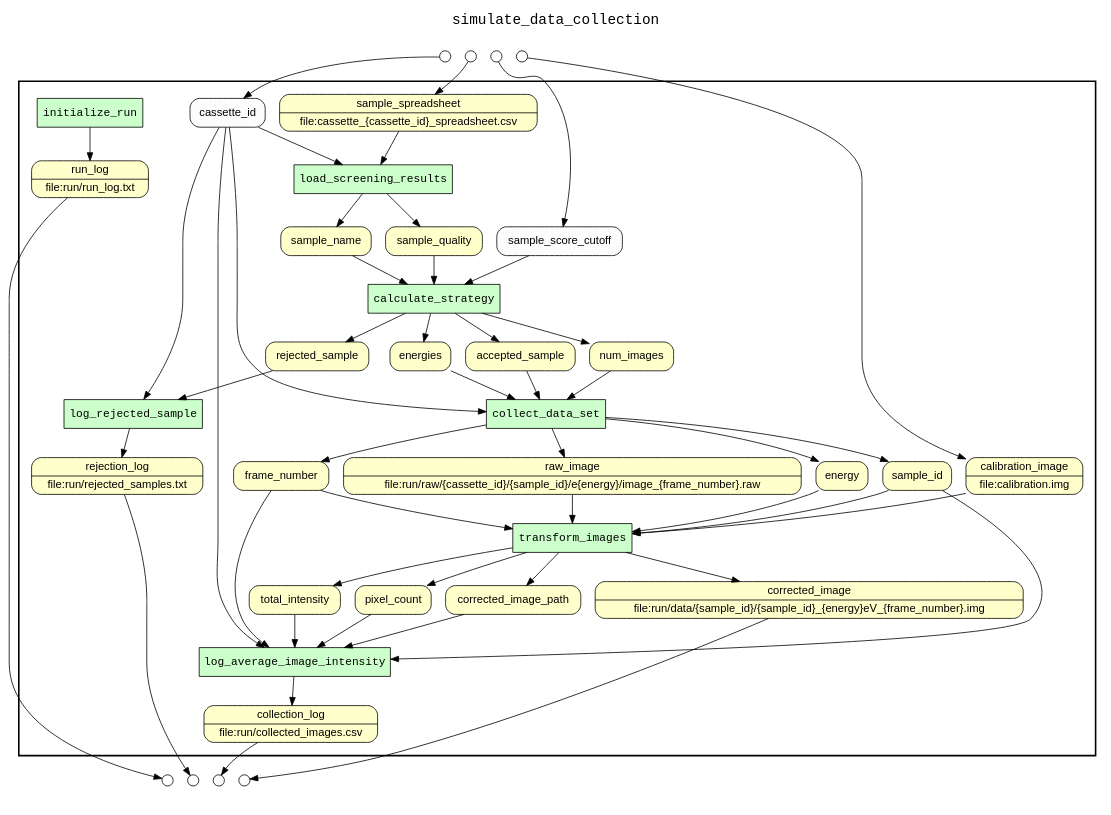
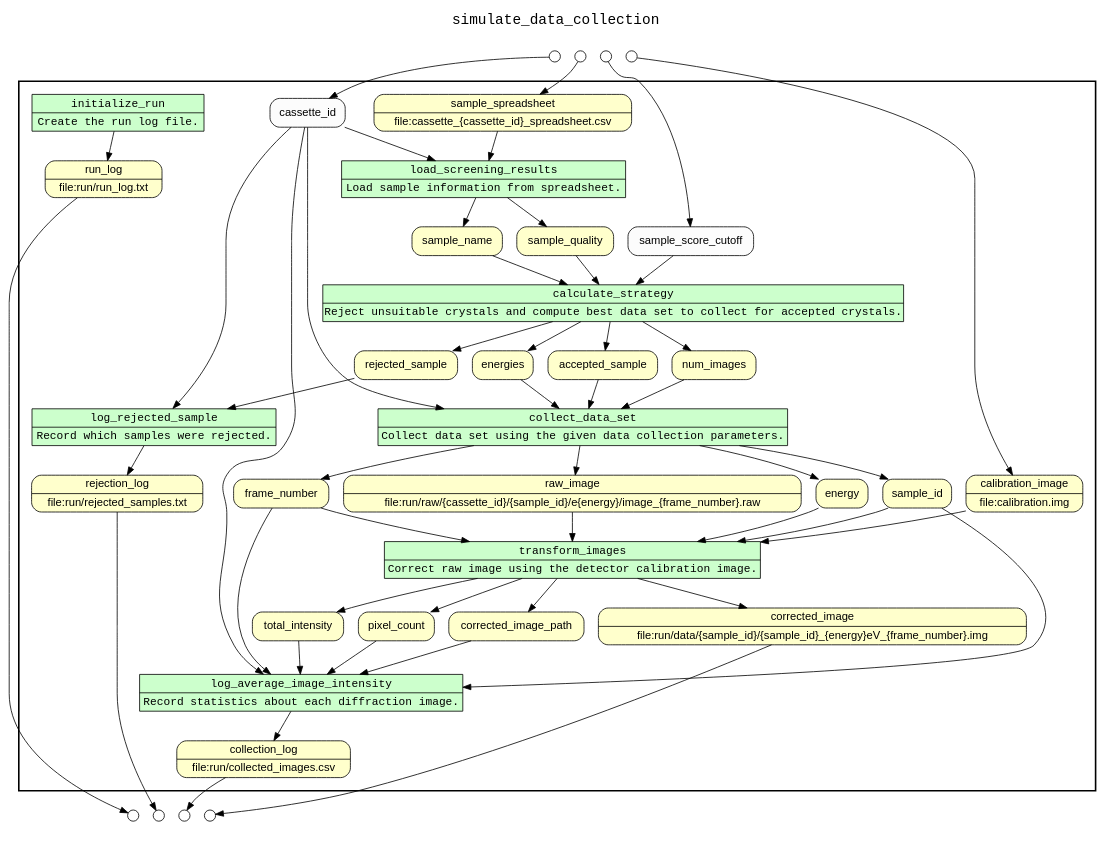
Before and after one commit to yesworkflow-org/yw-prototypes: the diagram in src/main/resources/examples/simulate_data_collection/yw/combined.gv, drawn with Graphviz. The commit also changed 10 other files, not shown here.

```diff
--- a/src/main/resources/examples/simulate_data_collection/yw/combined.gv
+++ b/src/main/resources/examples/simulate_data_collection/yw/combined.gv
@@ -1,146 +1,146 @@
 
 /* Start of top-level graph */
 digraph Workflow {
 rankdir=TB
 
 /* Title for graph */
 fontname=Courier; fontsize=18; labelloc=t
 label=simulate_data_collection
 
 /* Start of double cluster for drawing box around nodes in workflow */
 subgraph cluster_workflow_box_outer { label=""; color=black; penwidth=2
 subgraph cluster_workflow_box_inner { label=""; color=white
 
 /* Style for nodes representing atomic programs in workflow */
 node[shape=box style=filled fillcolor="#CCFFCC" peripheries=1 fontname=Courier]
 
 /* Nodes representing atomic programs in workflow */
-initialize_run
-load_screening_results
-calculate_strategy
-log_rejected_sample
-collect_data_set
-transform_images
-log_average_image_intensity
+initialize_run [shape=record rankdir=LR label="{<f0> initialize_run |<f1> Create the run log file.}"];
+load_screening_results [shape=record rankdir=LR label="{<f0> load_screening_results |<f1> Load sample information from spreadsheet.}"];
+calculate_strategy [shape=record rankdir=LR label="{<f0> calculate_strategy |<f1> Reject unsuitable crystals and compute best data set to collect for accepted crystals.}"];
+log_rejected_sample [shape=record rankdir=LR label="{<f0> log_rejected_sample |<f1> Record which samples were rejected.}"];
+collect_data_set [shape=record rankdir=LR label="{<f0> collect_data_set |<f1> Collect data set using the given data collection parameters.}"];
+transform_images [shape=record rankdir=LR label="{<f0> transform_images |<f1> Correct raw image using the detector calibration image.}"];
+log_average_image_intensity [shape=record rankdir=LR label="{<f0> log_average_image_intensity |<f1> Record statistics about each diffraction image.}"];
 
 /* Style for nodes representing non-parameter data channels in workflow */
 node[shape=box style="rounded,filled" fillcolor="#FFFFCC" peripheries=1 fontname=Helvetica]
 
 /* Nodes for non-parameter data channels in workflow */
 corrected_image [shape=record rankdir=LR label="{<f0> corrected_image |<f1> file\:run/data/\{sample_id\}/\{sample_id\}_\{energy\}eV_\{frame_number\}.img}"];
 run_log [shape=record rankdir=LR label="{<f0> run_log |<f1> file\:run/run_log.txt}"];
 collection_log [shape=record rankdir=LR label="{<f0> collection_log |<f1> file\:run/collected_images.csv}"];
 rejection_log [shape=record rankdir=LR label="{<f0> rejection_log |<f1> file\:run/rejected_samples.txt}"];
 sample_spreadsheet [shape=record rankdir=LR label="{<f0> sample_spreadsheet |<f1> file\:cassette_\{cassette_id\}_spreadsheet.csv}"];
 sample_name
 sample_quality
 rejected_sample
 accepted_sample
 num_images
 energies
 sample_id
 energy
 frame_number
 raw_image [shape=record rankdir=LR label="{<f0> raw_image |<f1> file\:run/raw/\{cassette_id\}/\{sample_id\}/e\{energy\}/image_\{frame_number\}.raw}"];
 calibration_image [shape=record rankdir=LR label="{<f0> calibration_image |<f1> file\:calibration.img}"];
 corrected_image_path
 total_intensity
 pixel_count
 
 /* Style for nodes representing parameter channels in workflow */
 node[shape=box style="rounded,filled" fillcolor="#FCFCFC" peripheries=1 fontname=Helvetica]
 
 /* Nodes representing parameter channels in workflow */
 cassette_id
 sample_score_cutoff
 
 /* Edges representing connections between programs and channels */
 initialize_run -> run_log
 load_screening_results -> sample_name
 load_screening_results -> sample_quality
 cassette_id -> load_screening_results
 sample_spreadsheet -> load_screening_results
 calculate_strategy -> accepted_sample
 calculate_strategy -> rejected_sample
 calculate_strategy -> num_images
 calculate_strategy -> energies
 sample_score_cutoff -> calculate_strategy
 sample_name -> calculate_strategy
 sample_quality -> calculate_strategy
 log_rejected_sample -> rejection_log
 cassette_id -> log_rejected_sample
 rejected_sample -> log_rejected_sample
 collect_data_set -> sample_id
 collect_data_set -> energy
 collect_data_set -> frame_number
 collect_data_set -> raw_image
 cassette_id -> collect_data_set
 accepted_sample -> collect_data_set
 num_images -> collect_data_set
 energies -> collect_data_set
 transform_images -> corrected_image
 transform_images -> corrected_image_path
 transform_images -> total_intensity
 transform_images -> pixel_count
 sample_id -> transform_images
 energy -> transform_images
 frame_number -> transform_images
 raw_image -> transform_images
 calibration_image -> transform_images
 log_average_image_intensity -> collection_log
 cassette_id -> log_average_image_intensity
 sample_id -> log_average_image_intensity
 frame_number -> log_average_image_intensity
 corrected_image_path -> log_average_image_intensity
 total_intensity -> log_average_image_intensity
 pixel_count -> log_average_image_intensity
 
 /* End of double cluster for drawing box around nodes in workflow */
 }}
 
 /* Hidden double-cluster for grouping workflow input ports */
 subgraph cluster_input_ports_group_outer { label=""; color=white
 subgraph cluster_input_ports_group_inner { label=""; color=white
 
 /* Style for nodes representing workflow input ports */
 node[shape=circle style="rounded,filled" fillcolor="#FFFFFF" peripheries=1 fontname=Helvetica width=0.2]
 
 /* Nodes representing workflow input ports */
 cassette_id_input_port [label=""]
 sample_score_cutoff_input_port [label=""]
 sample_spreadsheet_input_port [label=""]
 calibration_image_input_port [label=""]
 
 /* End of double-cluster for grouping workflow input ports */
 }}
 
 /* Hidden double-cluster for grouping workflow output ports */
 subgraph cluster_output_ports_group_outer { label=""; color=white
 subgraph cluster_output_ports_group_inner { label=""; color=white
 
 /* Style for nodes representing workflow output ports */
 node[shape=circle style="rounded,filled" fillcolor="#FFFFFF" peripheries=1 fontname=Helvetica width=0.2]
 
 /* Nodes representing workflow output ports */
 corrected_image_output_port [label=""]
 run_log_output_port [label=""]
 collection_log_output_port [label=""]
 rejection_log_output_port [label=""]
 
 /* End of double-cluster for grouping workflow output ports */
 }}
 
 /* Edges from input ports to channels */
 cassette_id_input_port -> cassette_id
 sample_score_cutoff_input_port -> sample_score_cutoff
 sample_spreadsheet_input_port -> sample_spreadsheet
 calibration_image_input_port -> calibration_image
 
 /* Edges from channels to output ports */
 corrected_image -> corrected_image_output_port
 run_log -> run_log_output_port
 collection_log -> collection_log_output_port
 rejection_log -> rejection_log_output_port
 
 /* End of top-level graph */
 }
```
